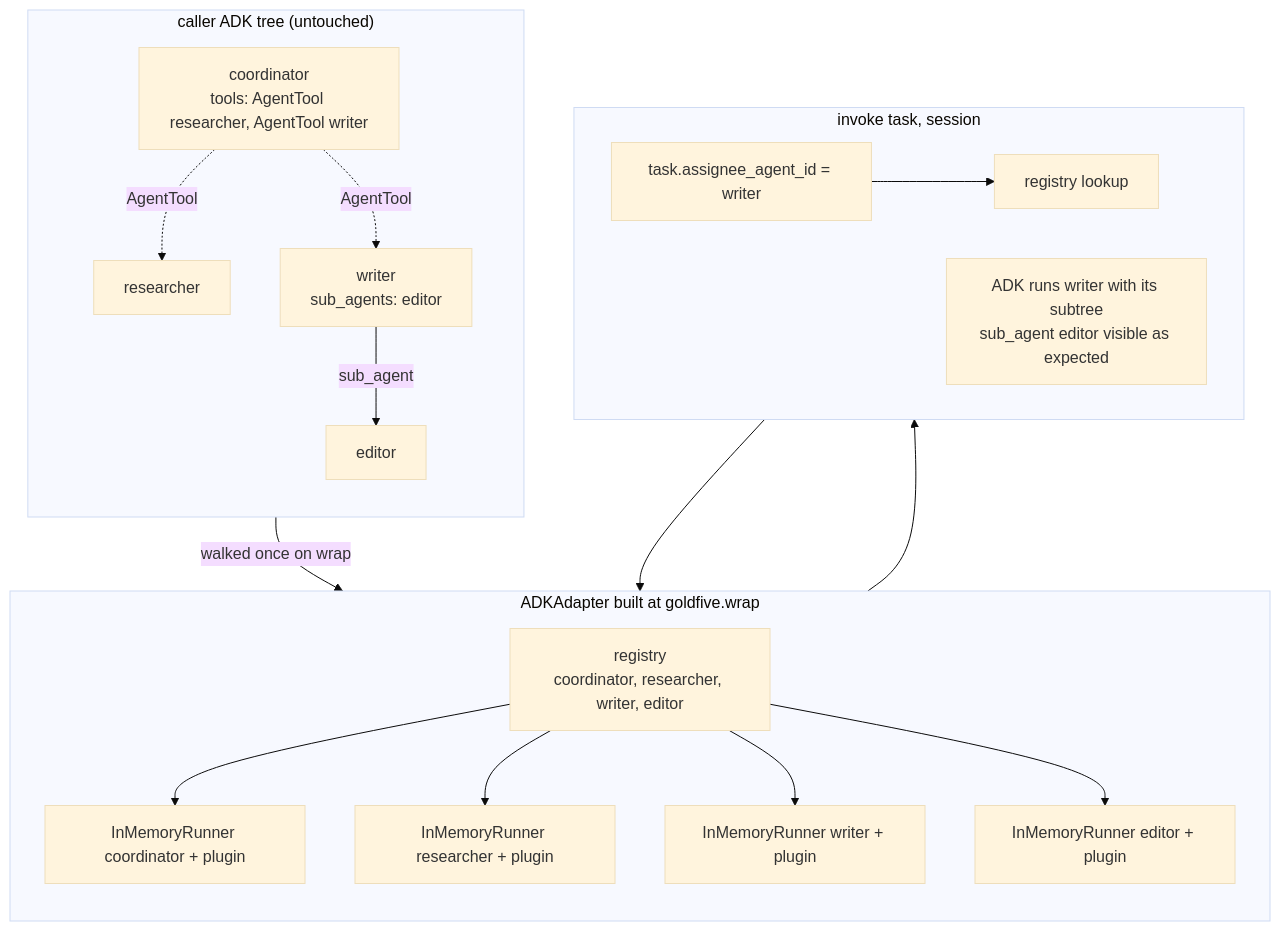
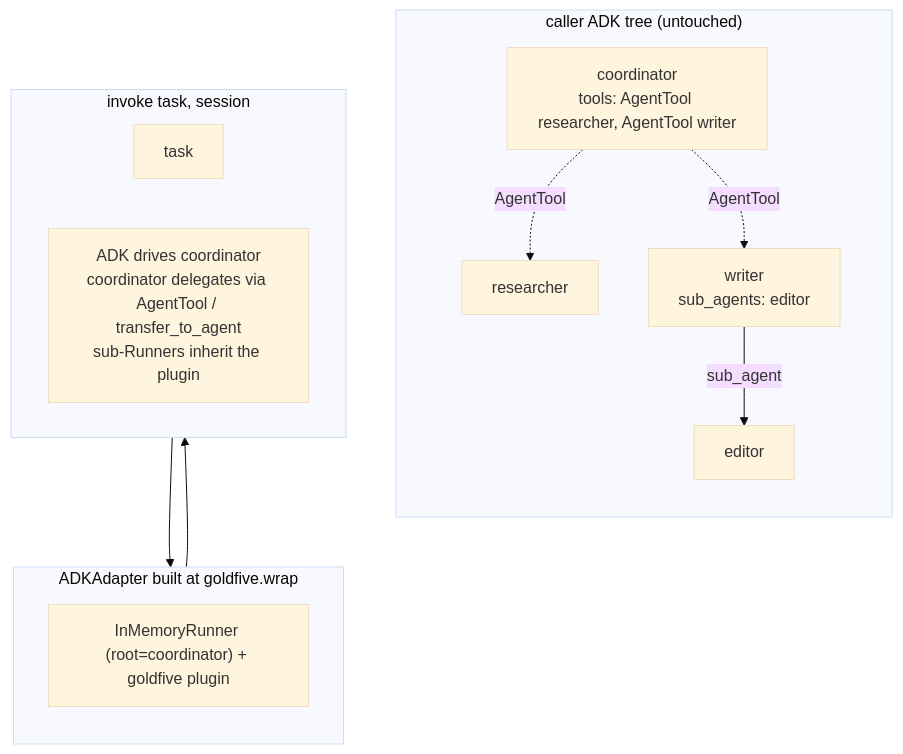
One commit to pedapudi/goldfive changed the diagram in docs/design/ARCHITECTURE.md. Above: the diagram before and after it, drawn with Mermaid (base theme). The commit also changed other lines of this file and 25 other files, not shown here.

First line of the commit message:
Revert registry-dispatch to single-Runner, add AgentTool cap (#130)

````diff
--- a/docs/design/ARCHITECTURE.md
+++ b/docs/design/ARCHITECTURE.md
@@ -355,35 +336,24 @@
 ```mermaid
 flowchart TB
   subgraph caller["caller ADK tree (untouched)"]
     direction TB
     coord["coordinator<br/>tools: AgentTool researcher, AgentTool writer"]
     res["researcher"]
     wri["writer<br/>sub_agents: editor"]
     ed["editor"]
     coord -.AgentTool.-> res
     coord -.AgentTool.-> wri
     wri -->|sub_agent| ed
   end
 
   subgraph adapter["ADKAdapter built at goldfive.wrap"]
     direction TB
-    reg["registry<br/>coordinator, researcher, writer, editor"]
-    run1["InMemoryRunner coordinator + plugin"]
-    run2["InMemoryRunner researcher + plugin"]
-    run3["InMemoryRunner writer + plugin"]
-    run4["InMemoryRunner editor + plugin"]
-    reg --> run1
-    reg --> run2
-    reg --> run3
-    reg --> run4
+    run["InMemoryRunner (root=coordinator) + goldfive plugin"]
   end
 
   subgraph dispatch["invoke task, session"]
     direction LR
-    t["task.assignee_agent_id = writer"] --> lookup["registry lookup"]
-    lookup --> run3
-    run3 --> adk["ADK runs writer with its subtree<br/>sub_agent editor visible as expected"]
+    t["task"] --> run
+    run --> adk["ADK drives coordinator<br/>coordinator delegates via AgentTool / transfer_to_agent<br/>sub-Runners inherit the plugin"]
   end
-
-  caller -->|walked once on wrap| reg
 ```
````
